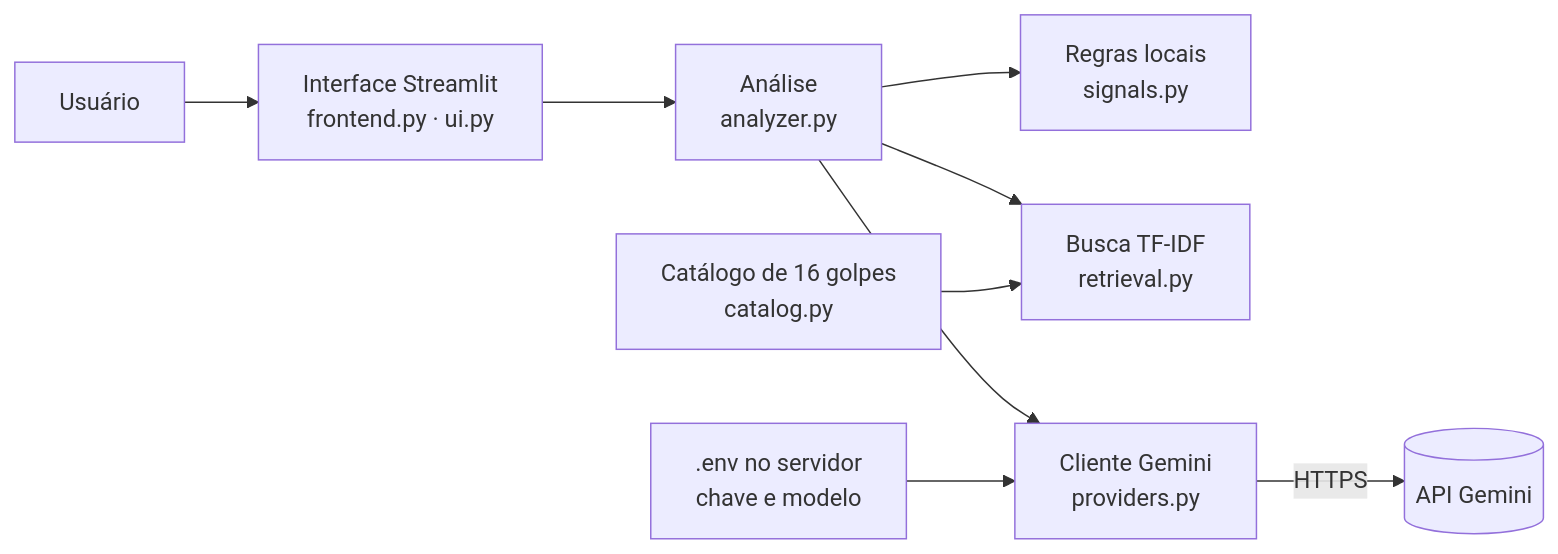
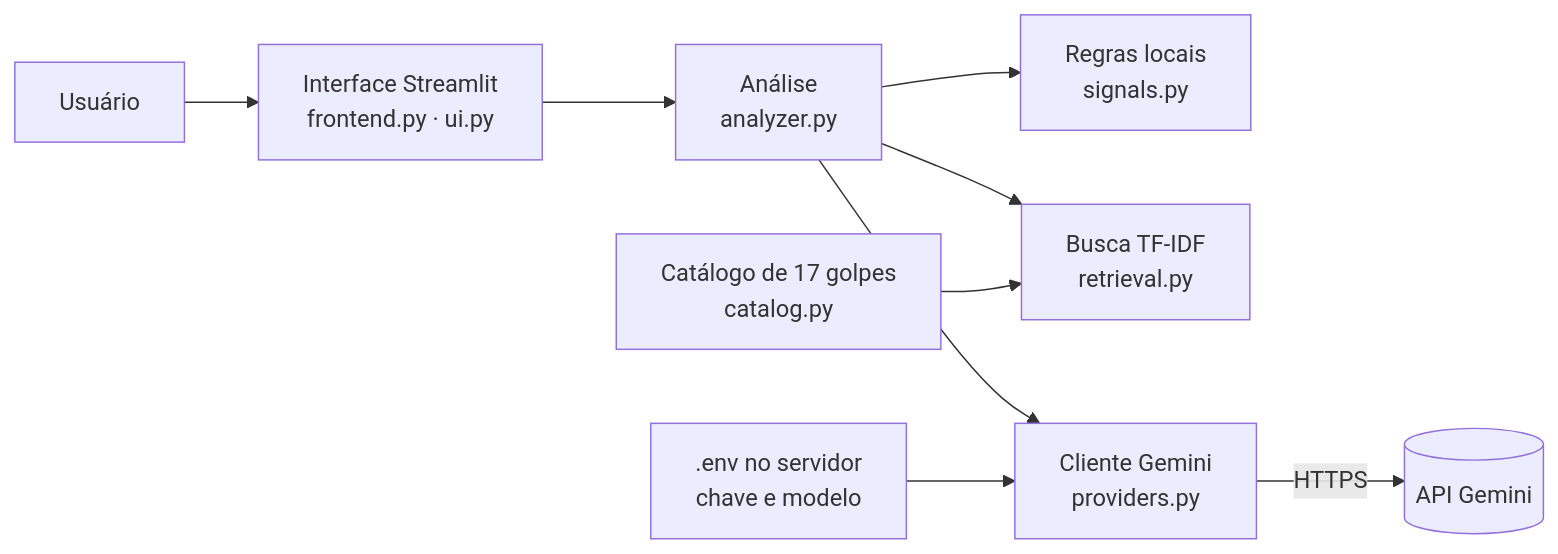
The second of 3 diagrams in docs/RELATORIO.md (gustavohleao/alertagolpe), drawn with Mermaid before and after one commit. The commit also changed other lines of this file and 10 other files, not shown here.

````diff
--- a/docs/RELATORIO.md
+++ b/docs/RELATORIO.md
@@ -151,11 +157,11 @@
 ```mermaid
 flowchart LR
     U[Usuário] --> UI[Interface Streamlit<br/>frontend.py · ui.py]
     UI --> AN[Análise<br/>analyzer.py]
     AN --> SG[Regras locais<br/>signals.py]
     AN --> IDX[Busca TF-IDF<br/>retrieval.py]
-    CAT[Catálogo de 16 golpes<br/>catalog.py] --> IDX
+    CAT[Catálogo de 17 golpes<br/>catalog.py] --> IDX
     AN --> GEM[Cliente Gemini<br/>providers.py]
     GEM -->|HTTPS| API[(API Gemini)]
     CFG[.env no servidor<br/>chave e modelo] --> GEM
 ```
````
